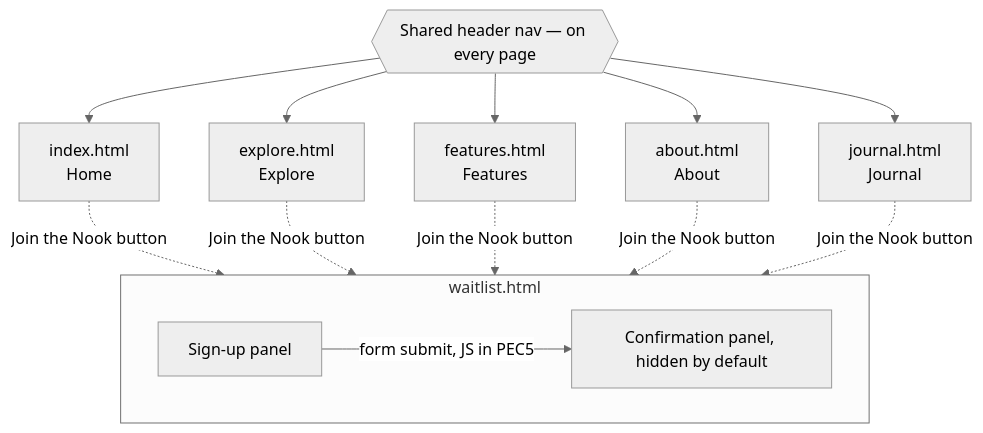
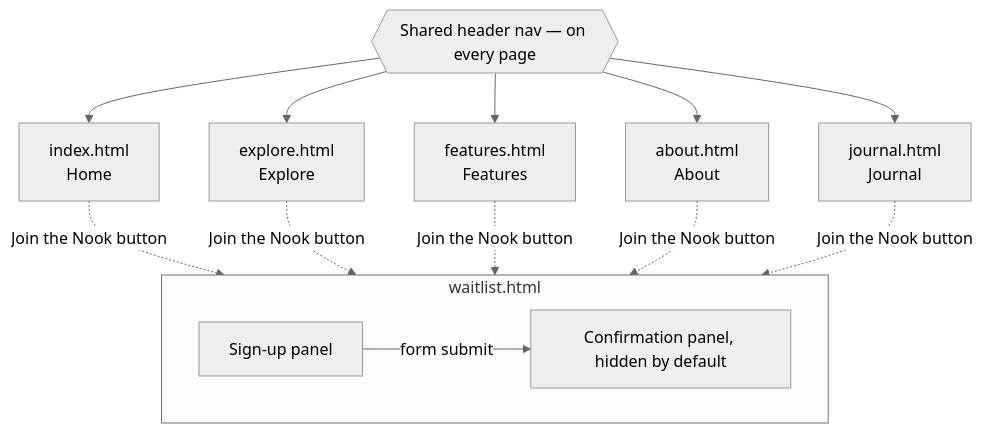
One commit to nicolledardon/book-nook-website changed the first of 3 diagrams in README.md. Above: the diagram before and after it, drawn with Mermaid (neutral theme). The commit also changed other lines of this file and 2 other files, not shown here.

First line of the commit message:
PEC 5, Phase 7: testing, README

````diff
--- a/README.md
+++ b/README.md
@@ -19,19 +19,19 @@
 ```mermaid
 flowchart TD
     Nav{{Shared header nav — on every page}}
     Nav --> Home[index.html<br/>Home]
     Nav --> Explore[explore.html<br/>Explore]
     Nav --> Features[features.html<br/>Features]
     Nav --> About[about.html<br/>About]
     Nav --> Journal[journal.html<br/>Journal]
 
     Home -.->|"Join the Nook" button| Waitlist
     Explore -.->|"Join the Nook" button| Waitlist
     Features -.->|"Join the Nook" button| Waitlist
     About -.->|"Join the Nook" button| Waitlist
     Journal -.->|"Join the Nook" button| Waitlist
 
     subgraph Waitlist[waitlist.html]
-        SignUp[Sign-up panel] -->|form submit, JS in PEC5| Confirm[Confirmation panel, hidden by default]
+        SignUp[Sign-up panel] -->|form submit| Confirm[Confirmation panel, hidden by default]
     end
 ```
````
